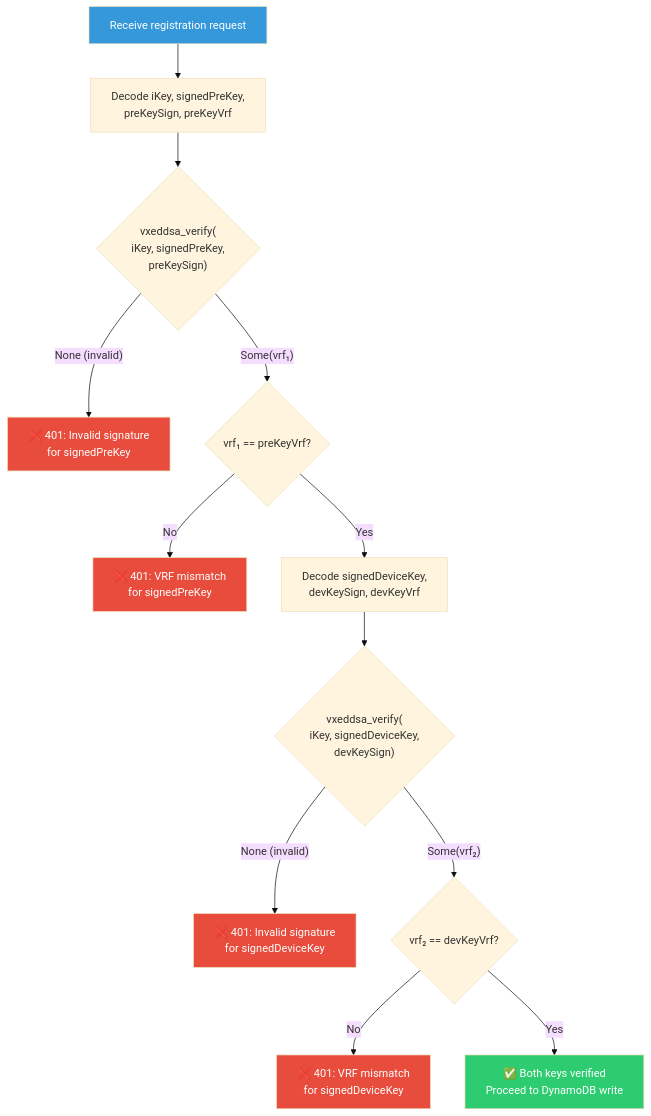
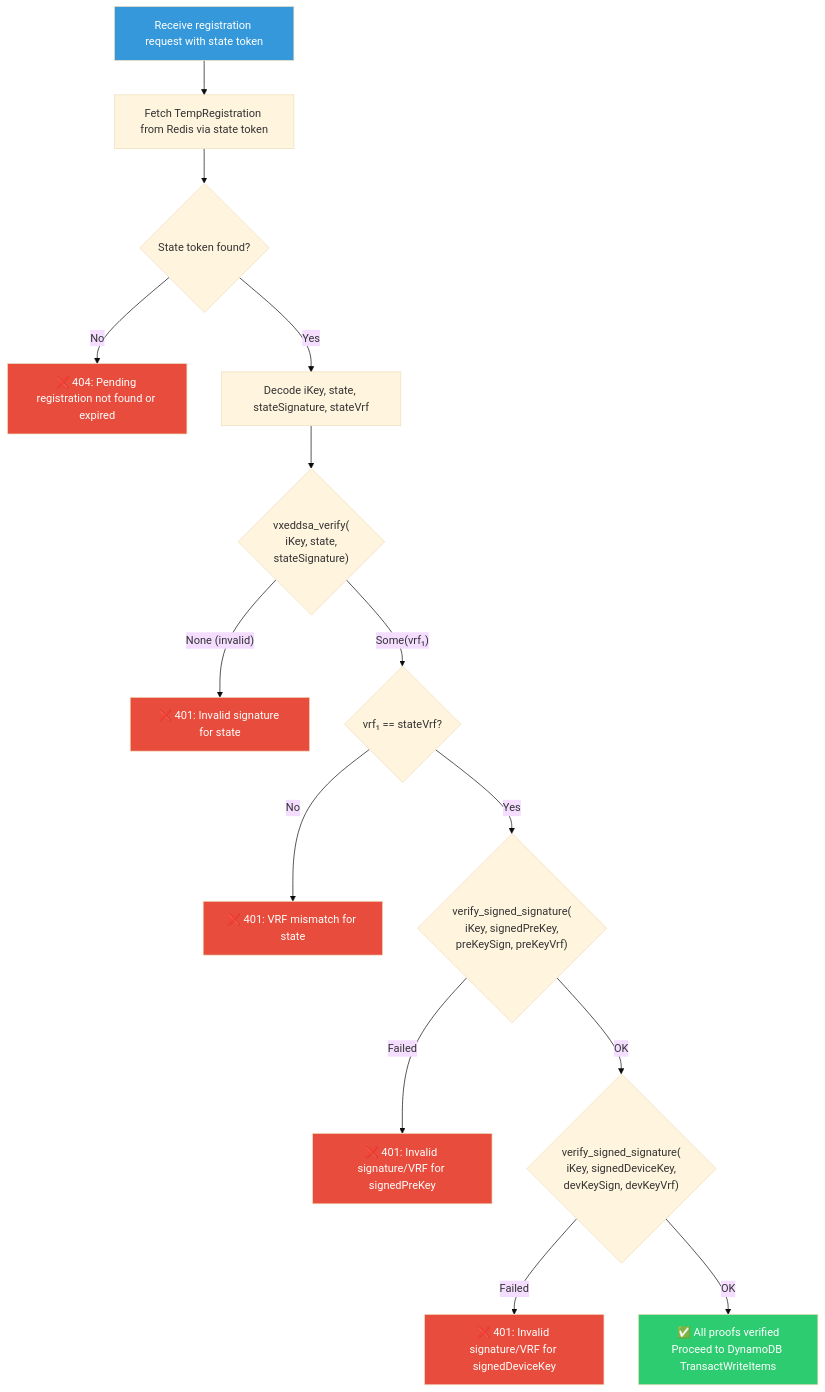
Before and after one commit to debarkamondal/khamoshchat-api: the third of 6 diagrams in docs/cryptographic_flows.md, drawn with Mermaid (base theme). The commit also changed other lines of this file and 4 other files, not shown here.

````diff
--- a/docs/cryptographic_flows.md
+++ b/docs/cryptographic_flows.md
@@ -99,21 +105,24 @@
 ```mermaid
 flowchart TD
-    A["Receive registration request"] --> B["Decode iKey, signedPreKey,<br/>preKeySign, preKeyVrf"]
-    B --> C{"vxeddsa_verify(<br/>iKey, signedPreKey,<br/>preKeySign)"}
-    C -- "None (invalid)" --> ERR1["❌ 401: Invalid signature<br/>for signedPreKey"]
-    C -- "Some(vrf₁)" --> D{"vrf₁ == preKeyVrf?"}
-    D -- No --> ERR2["❌ 401: VRF mismatch<br/>for signedPreKey"]
-    D -- Yes --> E["Decode signedDeviceKey,<br/>devKeySign, devKeyVrf"]
-    E --> F{"vxeddsa_verify(<br/>iKey, signedDeviceKey,<br/>devKeySign)"}
-    F -- "None (invalid)" --> ERR3["❌ 401: Invalid signature<br/>for signedDeviceKey"]
-    F -- "Some(vrf₂)" --> G{"vrf₂ == devKeyVrf?"}
-    G -- No --> ERR4["❌ 401: VRF mismatch<br/>for signedDeviceKey"]
-    G -- Yes --> H["✅ Both keys verified<br/>Proceed to DynamoDB write"]
+    A["Receive registration request with state token"] --> B["Fetch TempRegistration from Redis via state token"]
+    B --> B1{"State token found?"}
+    B1 -- No --> ERR0["❌ 404: Pending registration not found or expired"]
+    B1 -- Yes --> C["Decode iKey, state, stateSignature, stateVrf"]
+    C --> D{"vxeddsa_verify(<br/>iKey, state,<br/>stateSignature)"}
+    D -- "None (invalid)" --> ERR1["❌ 401: Invalid signature for state"]
+    D -- "Some(vrf₁)" --> E{"vrf₁ == stateVrf?"}
+    E -- No --> ERR2["❌ 401: VRF mismatch for state"]
+    E -- Yes --> F{"verify_signed_signature(<br/>iKey, signedPreKey,<br/>preKeySign, preKeyVrf)"}
+    F -- Failed --> ERR3["❌ 401: Invalid signature/VRF for signedPreKey"]
+    F -- OK --> G{"verify_signed_signature(<br/>iKey, signedDeviceKey,<br/>devKeySign, devKeyVrf)"}
+    G -- Failed --> ERR4["❌ 401: Invalid signature/VRF for signedDeviceKey"]
+    G -- OK --> H["✅ All proofs verified<br/>Proceed to DynamoDB TransactWriteItems"]
 
     style A fill:#3498db,color:#fff
     style H fill:#2ecc71,color:#fff
+    style ERR0 fill:#e74c3c,color:#fff
     style ERR1 fill:#e74c3c,color:#fff
     style ERR2 fill:#e74c3c,color:#fff
     style ERR3 fill:#e74c3c,color:#fff
     style ERR4 fill:#e74c3c,color:#fff
 ```
````
